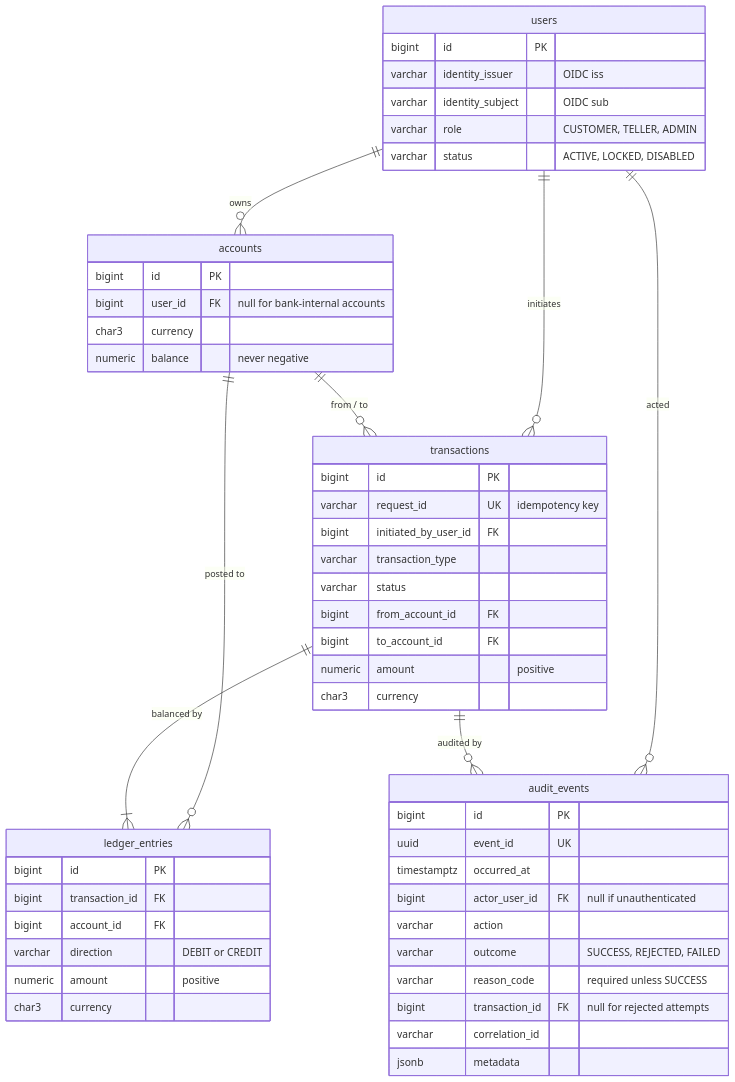
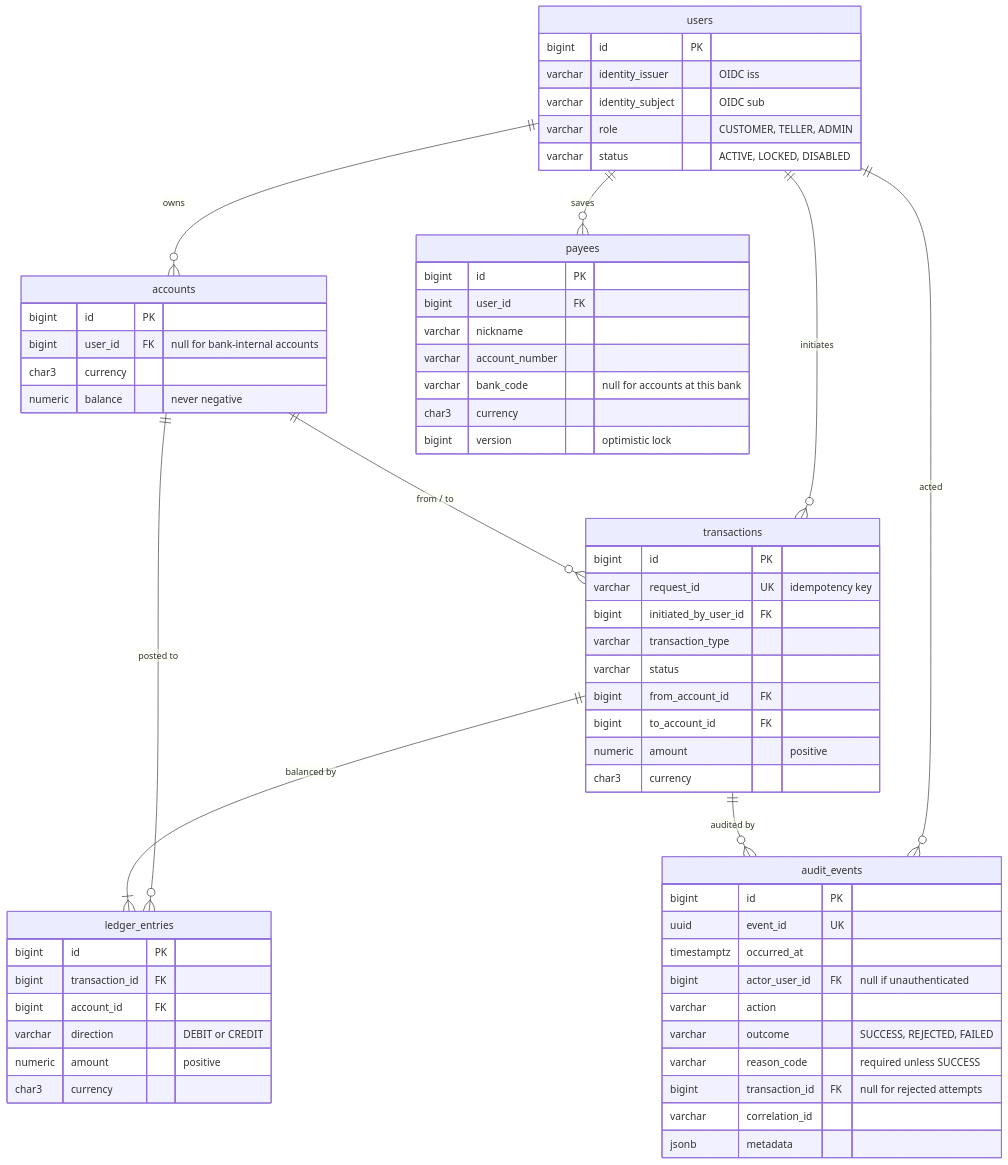
One commit to zhlzxa/core-banking-service changed the diagram in docs/database.md. Above: the diagram before and after it, drawn with Mermaid. The commit also changed other lines of this file and 4 other files, not shown here.

````diff
--- a/docs/database.md
+++ b/docs/database.md
@@ -9,55 +9,65 @@
 ```mermaid
 erDiagram
     users ||--o{ accounts : "owns"
     users ||--o{ transactions : "initiates"
     accounts ||--o{ transactions : "from / to"
     accounts ||--o{ ledger_entries : "posted to"
     transactions ||--|{ ledger_entries : "balanced by"
     users ||--o{ audit_events : "acted"
+    users ||--o{ payees : "saves"
     transactions ||--o{ audit_events : "audited by"
 
     users {
         bigint id PK
         varchar identity_issuer "OIDC iss"
         varchar identity_subject "OIDC sub"
         varchar role "CUSTOMER, TELLER, ADMIN"
         varchar status "ACTIVE, LOCKED, DISABLED"
     }
     accounts {
         bigint id PK
         bigint user_id FK "null for bank-internal accounts"
         char3 currency
         numeric balance "never negative"
     }
     transactions {
         bigint id PK
         varchar request_id UK "idempotency key"
         bigint initiated_by_user_id FK
         varchar transaction_type
         varchar status
         bigint from_account_id FK
         bigint to_account_id FK
         numeric amount "positive"
         char3 currency
     }
     audit_events {
         bigint id PK
         uuid event_id UK
         timestamptz occurred_at
         bigint actor_user_id FK "null if unauthenticated"
         varchar action
         varchar outcome "SUCCESS, REJECTED, FAILED"
         varchar reason_code "required unless SUCCESS"
         bigint transaction_id FK "null for rejected attempts"
         varchar correlation_id
         jsonb metadata
     }
+    payees {
+        bigint id PK
+        bigint user_id FK
+        varchar nickname
+        varchar account_number
+        varchar bank_code "null for accounts at this bank"
+        char3 currency
+        bigint version "optimistic lock"
+    }
     ledger_entries {
         bigint id PK
         bigint transaction_id FK
         bigint account_id FK
         varchar direction "DEBIT or CREDIT"
         numeric amount "positive"
         char3 currency
     }
 ```
````
